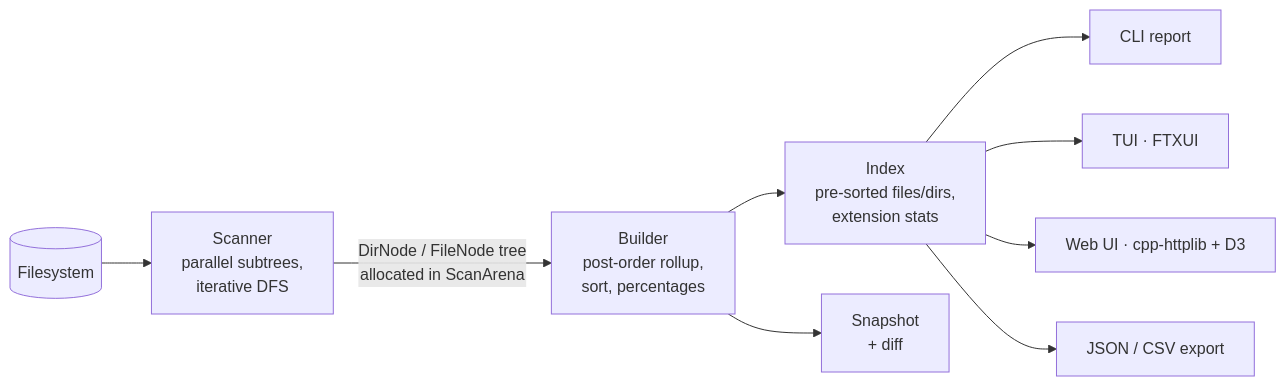
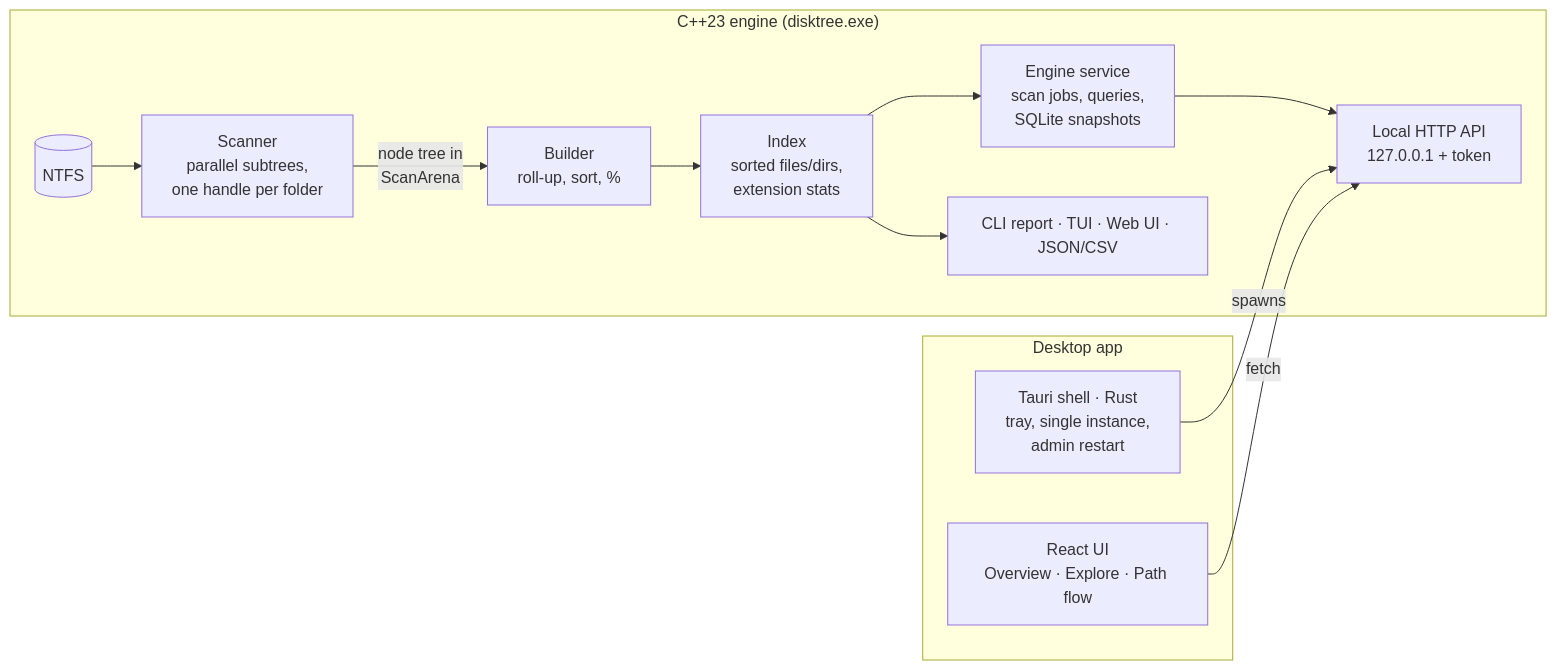
One commit to siddharthpaul2005/DiskTree changed the diagram in README.md. Above: the diagram before and after it, drawn with Mermaid. The commit also changed other lines of this file and 83 other files, not shown here.

Commit message:
feat: DiskTree 1.1.0 desktop app: Tauri + React UI, whole-PC scans, on-disk space accounting, admin mode, installers and release pipeline

````diff
--- a/README.md
+++ b/README.md
@@ -182,11 +231,15 @@
 ```mermaid
 flowchart LR
-    FS[(Filesystem)] --> S[Scanner<br/>parallel subtrees,<br/>iterative DFS]
-    S -->|DirNode / FileNode tree<br/>allocated in ScanArena| B[Builder<br/>post-order rollup,<br/>sort, percentages]
-    B --> I[Index<br/>pre-sorted files/dirs,<br/>extension stats]
-    B --> SN[Snapshot<br/>+ diff]
-    I --> CLI[CLI report]
-    I --> TUI[TUI · FTXUI]
-    I --> WEB[Web UI · cpp-httplib + D3]
-    I --> EXP[JSON / CSV export]
+    subgraph Engine["C++23 engine (disktree.exe)"]
+        FS[(NTFS)] --> S[Scanner<br/>parallel subtrees,<br/>one handle per folder]
+        S -->|node tree in<br/>ScanArena| B[Builder<br/>roll-up, sort, %]
+        B --> I[Index<br/>sorted files/dirs,<br/>extension stats]
+        I --> SVC[Engine service<br/>scan jobs, queries,<br/>SQLite snapshots]
+        SVC --> API[Local HTTP API<br/>127.0.0.1 + token]
+        I --> CLI[CLI report · TUI · Web UI · JSON/CSV]
+    end
+    subgraph App["Desktop app"]
+        SH[Tauri shell · Rust<br/>tray, single instance,<br/>admin restart] -->|spawns| API
+        UI[React UI<br/>Overview · Explore · Path flow] -->|fetch| API
+    end
 ```
````
